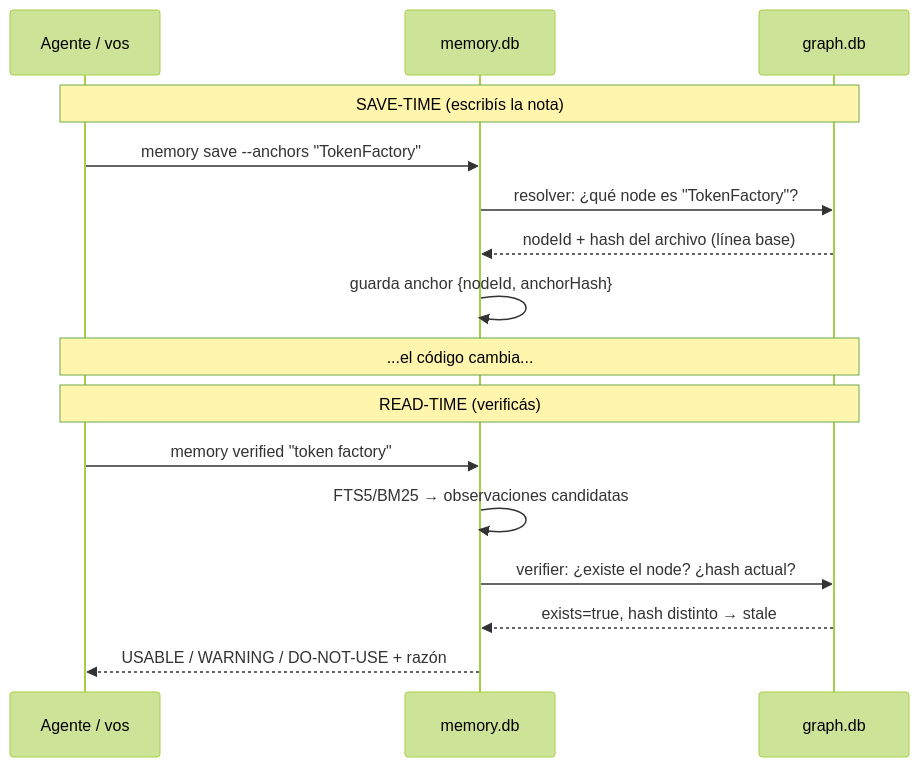
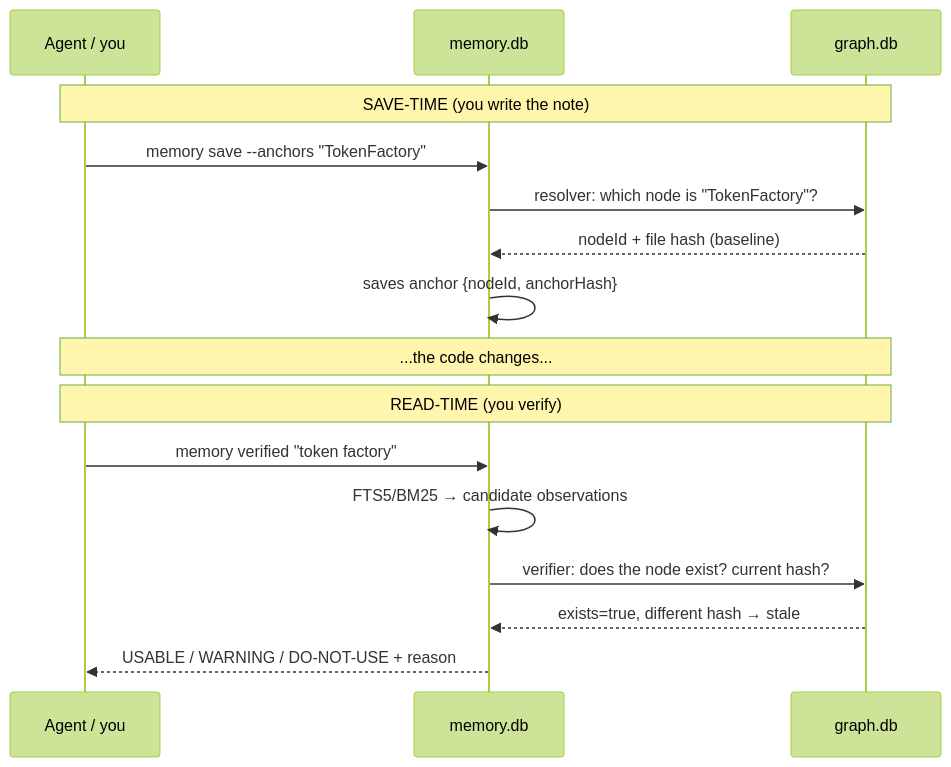
One commit to Kolimar/leina changed the fourth of 4 diagrams in docs/concepts/05-comunicacion-grafo-memoria.md. Above: the diagram before and after it, drawn with Mermaid (forest theme). The commit also changed other lines of this file and 27 other files, not shown here.

````diff
--- a/docs/concepts/05-comunicacion-grafo-memoria.md
+++ b/docs/concepts/05-comunicacion-grafo-memoria.md
@@ -137,21 +137,21 @@
 ```mermaid
 sequenceDiagram
-    participant Dev as Agente / vos
+    participant Dev as Agent / you
     participant Mem as memory.db
     participant Graph as graph.db
 
-    Note over Dev,Graph: SAVE-TIME (escribís la nota)
+    Note over Dev,Graph: SAVE-TIME (you write the note)
     Dev->>Mem: memory save --anchors "TokenFactory"
-    Mem->>Graph: resolver: ¿qué node es "TokenFactory"?
-    Graph-->>Mem: nodeId + hash del archivo (línea base)
-    Mem->>Mem: guarda anchor {nodeId, anchorHash}
+    Mem->>Graph: resolver: which node is "TokenFactory"?
+    Graph-->>Mem: nodeId + file hash (baseline)
+    Mem->>Mem: saves anchor {nodeId, anchorHash}
 
-    Note over Dev,Graph: ...el código cambia...
+    Note over Dev,Graph: ...the code changes...
 
-    Note over Dev,Graph: READ-TIME (verificás)
+    Note over Dev,Graph: READ-TIME (you verify)
     Dev->>Mem: memory verified "token factory"
-    Mem->>Mem: FTS5/BM25 → observaciones candidatas
-    Mem->>Graph: verifier: ¿existe el node? ¿hash actual?
-    Graph-->>Mem: exists=true, hash distinto → stale
-    Mem-->>Dev: USABLE / WARNING / DO-NOT-USE + razón
+    Mem->>Mem: FTS5/BM25 → candidate observations
+    Mem->>Graph: verifier: does the node exist? current hash?
+    Graph-->>Mem: exists=true, different hash → stale
+    Mem-->>Dev: USABLE / WARNING / DO-NOT-USE + reason
 ```
````
